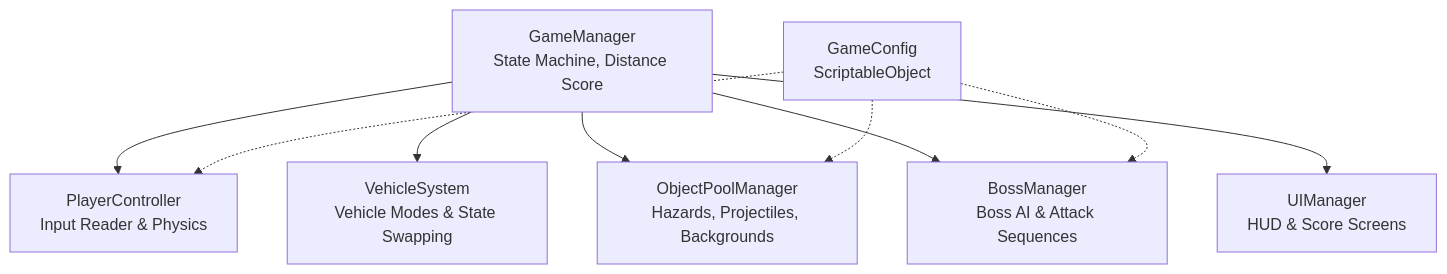
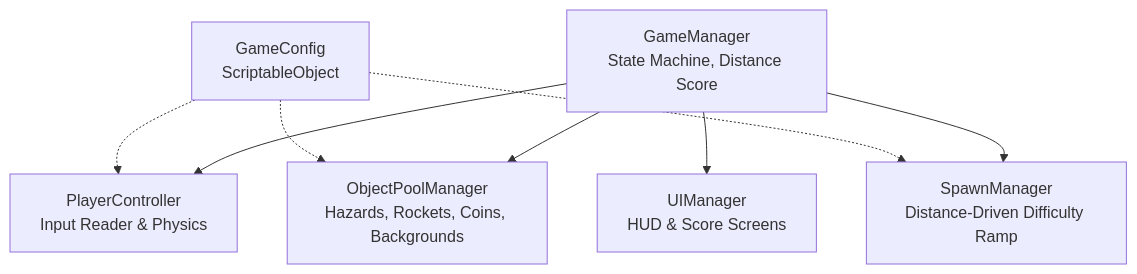
One commit to ChuckNomis/JetPack-Ride changed the second of 2 diagrams in GDD Jetpack Ride.md. Above: the diagram before and after it, drawn with Mermaid. The commit also changed other lines of this file, not shown here.

First line of the commit message:
Remove vehicles and boss fight, add coins, ramp difficulty by distance

````diff
--- a/GDD Jetpack Ride.md
+++ b/GDD Jetpack Ride.md
@@ -150,11 +153,10 @@
 ```mermaid
 graph TD
     GM[GameManager<br/>State Machine, Distance Score] --> PC[PlayerController<br/>Input Reader & Physics]
-    GM --> VS[VehicleSystem<br/>Vehicle Modes & State Swapping]
-    GM --> OP[ObjectPoolManager<br/>Hazards, Projectiles, Backgrounds]
-    GM --> BM[BossManager<br/>Boss AI & Attack Sequences]
+    GM --> OP[ObjectPoolManager<br/>Hazards, Rockets, Coins, Backgrounds]
+    GM --> SM[SpawnManager<br/>Distance-Driven Difficulty Ramp]
     GM --> UI[UIManager<br/>HUD & Score Screens]
     CFG[GameConfig<br/>ScriptableObject] -.-> PC
     CFG -.-> OP
-    CFG -.-> BM
+    CFG -.-> SM
 ```
````
